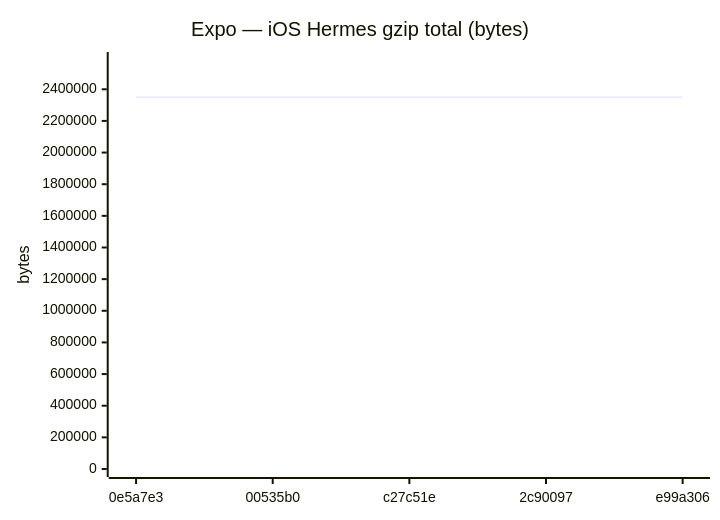
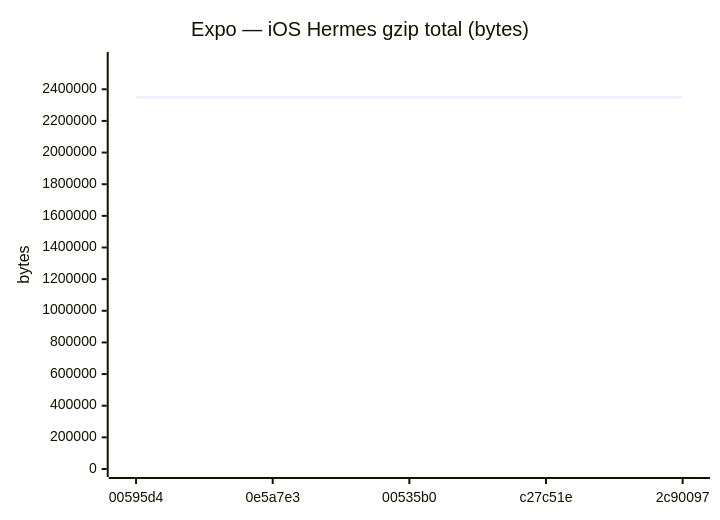
One commit to Metaheurist/Rianell changed diagram 16 of 24 in benchmarks/compare.md. Above: the diagram before and after it, drawn with Mermaid. The commit also changed other lines of this file and 12 other files, not shown here.

````diff
--- a/benchmarks/compare.md
+++ b/benchmarks/compare.md
@@ -212,7 +216,7 @@
 ```mermaid
 xychart-beta
     title "Expo — iOS Hermes gzip total (bytes)"
-    x-axis ["0e5a7e3", "00535b0", "c27c51e", "2c90097", "e99a306"]
-    y-axis "bytes" 0 --> 2585046
-    line [2350041, 2349868, 2349864, 2349868, 2349869]
+    x-axis ["00595d4", "0e5a7e3", "00535b0", "c27c51e", "2c90097"]
+    y-axis "bytes" 0 --> 2585051
+    line [2350046, 2350041, 2349868, 2349864, 2349868]
 ```
````
